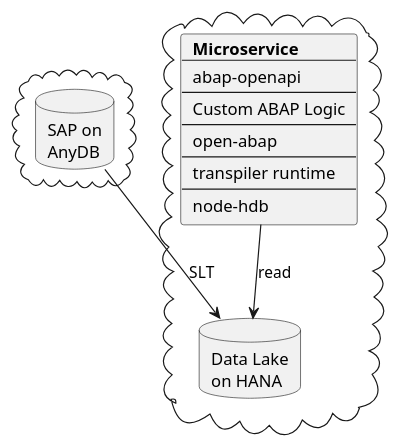
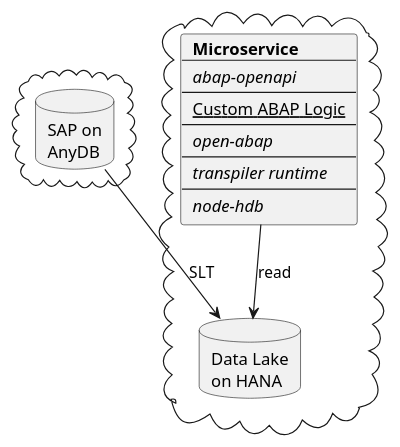
The diagram in src/introduction.adoc (heliconialabs/moving-abap-workloads-to-serverless), drawn with PlantUML before and after one commit. The commit also changed other lines of this file and 2 other files, not shown here.

```diff
--- a/src/introduction.adoc
+++ b/src/introduction.adoc
@@ -21,31 +21,31 @@
 [plantuml]
 ....
 skinparam monochrome true
 
 cloud {
   database "SAP on\nAnyDB" as sap
 }
 
 cloud {
   database "Data Lake\non HANA" as lake
 
   card card [
-    <b>Microservice
+    <b>Microservice</b>
     ----
-    abap-openapi
+    //abap-openapi//
     ----
-    Custom ABAP Logic
+    <u>Custom ABAP Logic</u>
     ----
-    open-abap
+    //open-abap//
     ----
-    transpiler runtime
+    //transpiler runtime//
     ----
-    node-hdb
+    //node-hdb//
   ]
 
   card -down-> lake : read
 }
 
 
 sap --> lake : SLT
 ....
```
